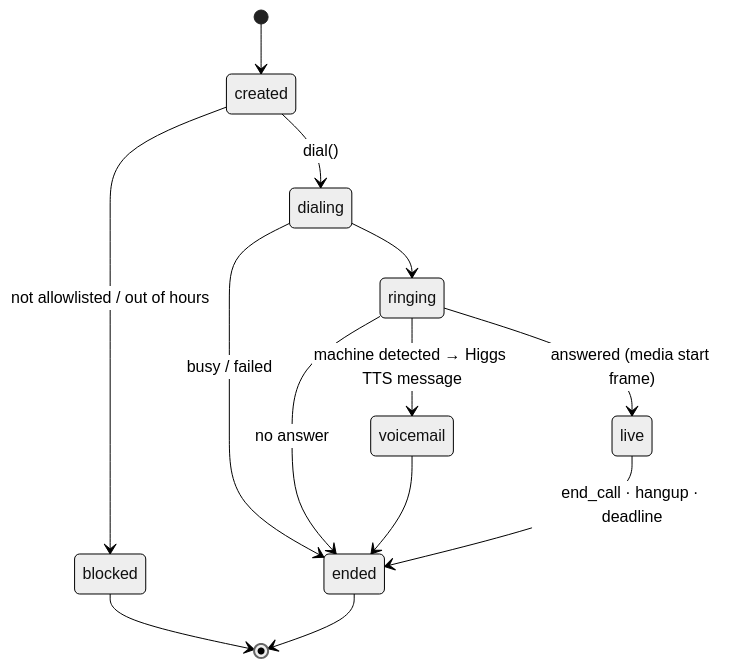
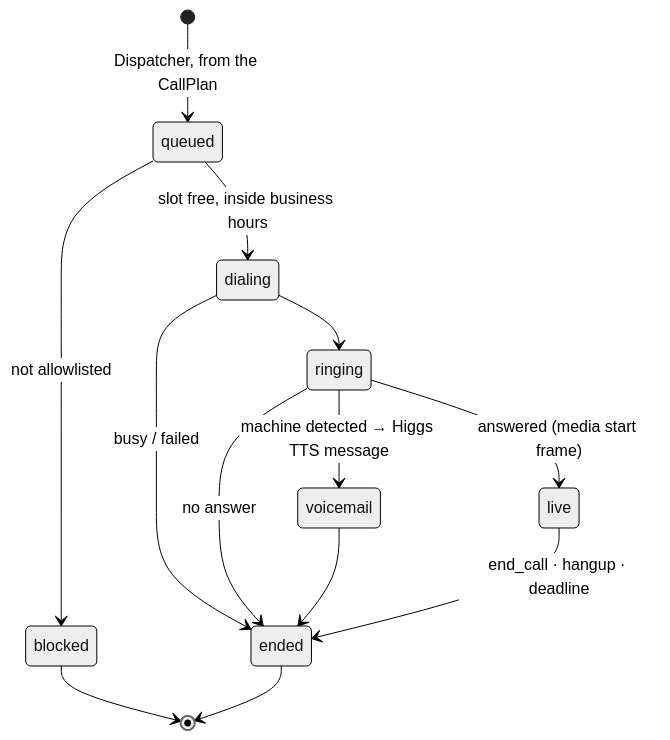
The third of 3 diagrams in docs/ARCHITECTURE.md (2arian3/Landline), drawn with Mermaid (neutral theme) before and after one commit. The commit also changed other lines of this file and 11 other files, not shown here.

````diff
--- a/docs/ARCHITECTURE.md
+++ b/docs/ARCHITECTURE.md
@@ -92,16 +136,16 @@
 ```mermaid
 stateDiagram-v2
   direction TB
-  [*] --> created
-  created --> blocked: not allowlisted / out of hours
-  created --> dialing: dial()
+  [*] --> queued: Dispatcher, from the CallPlan
+  queued --> blocked: not allowlisted
+  queued --> dialing: slot free, inside business hours
   dialing --> ringing
   ringing --> live: answered (media start frame)
   ringing --> voicemail: machine detected → Higgs TTS message
   dialing --> ended: busy / failed
   ringing --> ended: no answer
   voicemail --> ended
   live --> ended: end_call · hangup · deadline
   blocked --> [*]
   ended --> [*]
 ```
````
